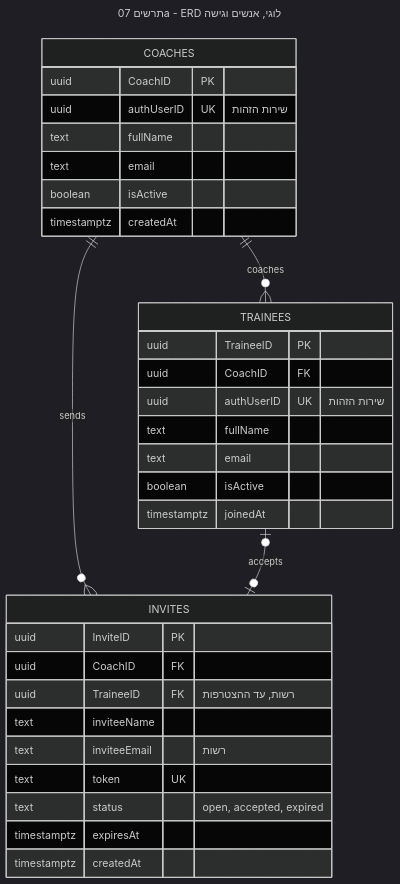
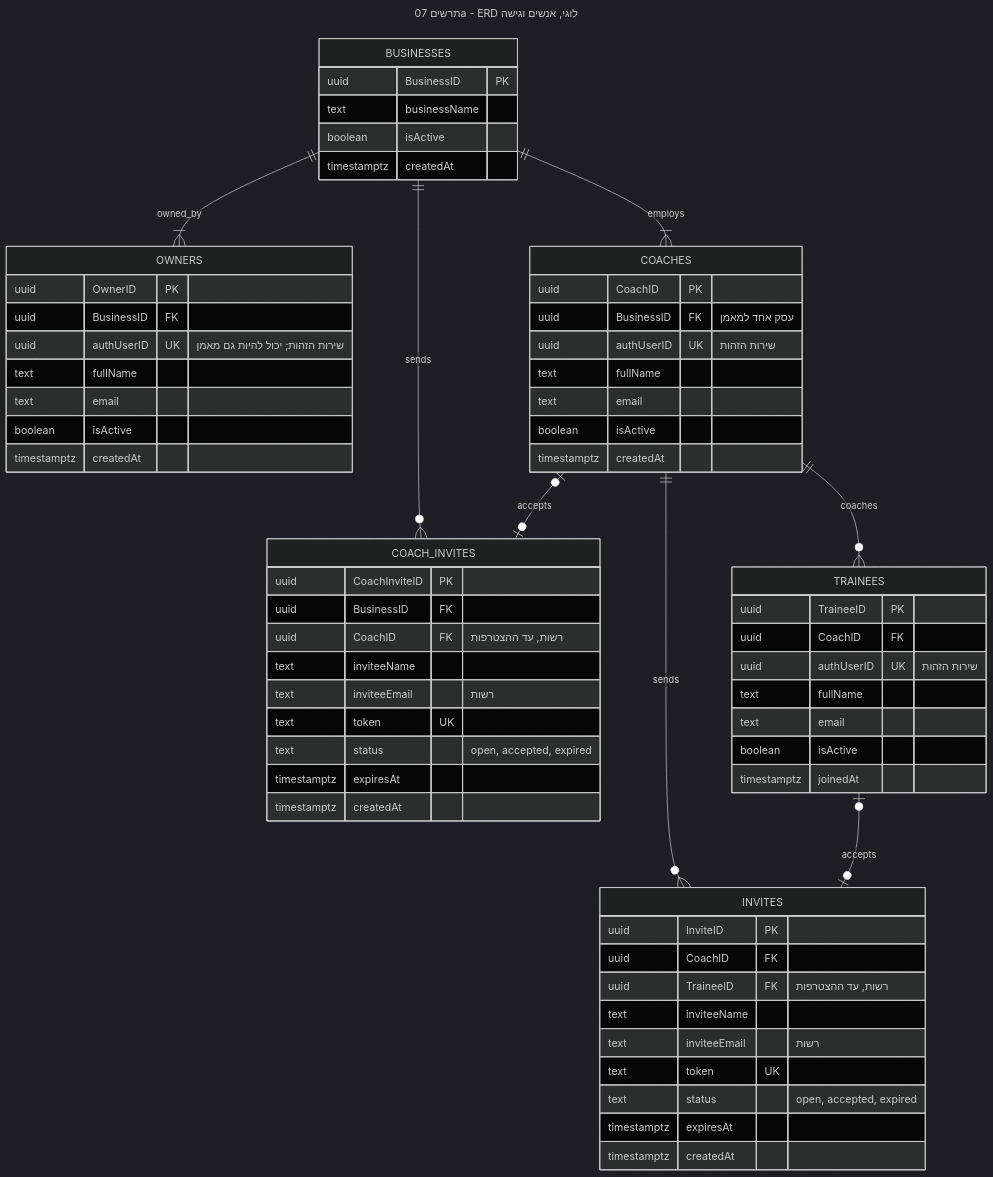
One commit to Sharpop30/fitness-app changed the diagram in project-docs/mermaid/diagram-07a-people.mmd. Above: the diagram before and after it, drawn with Mermaid (dark theme). The commit also changed 37 other files, not shown here.

First line of the commit message:
Business owner approved: path B documents in place

```diff
--- a/project-docs/mermaid/diagram-07a-people.mmd
+++ b/project-docs/mermaid/diagram-07a-people.mmd
@@ -1,35 +1,66 @@
 ---
 title: תרשים 07a - ERD לוגי, אנשים וגישה
 ---
 erDiagram
+    BUSINESSES ||--|{ OWNERS : owned_by
+    BUSINESSES ||--|{ COACHES : employs
+    BUSINESSES ||--o{ COACH_INVITES : sends
+    COACHES |o--o| COACH_INVITES : accepts
     COACHES ||--o{ TRAINEES : coaches
     COACHES ||--o{ INVITES : sends
     TRAINEES |o--o| INVITES : accepts
+    BUSINESSES {
+        uuid BusinessID PK
+        text businessName
+        boolean isActive
+        timestamptz createdAt
+    }
+    OWNERS {
+        uuid OwnerID PK
+        uuid BusinessID FK
+        uuid authUserID UK "שירות הזהות; יכול להיות גם מאמן"
+        text fullName
+        text email
+        boolean isActive
+        timestamptz createdAt
+    }
+    COACH_INVITES {
+        uuid CoachInviteID PK
+        uuid BusinessID FK
+        uuid CoachID FK "רשות, עד ההצטרפות"
+        text inviteeName
+        text inviteeEmail "רשות"
+        text token UK
+        text status "open, accepted, expired"
+        timestamptz expiresAt
+        timestamptz createdAt
+    }
     COACHES {
         uuid CoachID PK
+        uuid BusinessID FK "עסק אחד למאמן"
         uuid authUserID UK "שירות הזהות"
         text fullName
         text email
         boolean isActive
         timestamptz createdAt
     }
     TRAINEES {
         uuid TraineeID PK
         uuid CoachID FK
         uuid authUserID UK "שירות הזהות"
         text fullName
         text email
         boolean isActive
         timestamptz joinedAt
     }
     INVITES {
         uuid InviteID PK
         uuid CoachID FK
         uuid TraineeID FK "רשות, עד ההצטרפות"
         text inviteeName
         text inviteeEmail "רשות"
         text token UK
         text status "open, accepted, expired"
         timestamptz expiresAt
         timestamptz createdAt
     }
```
